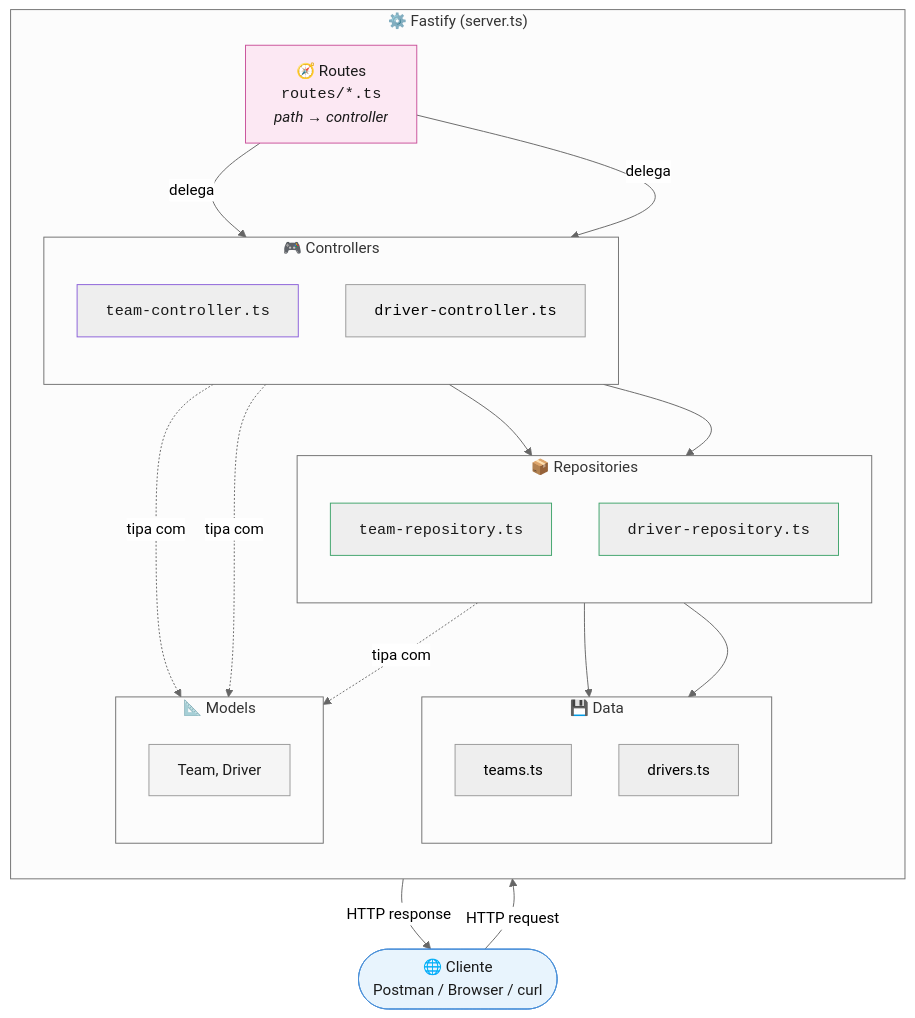
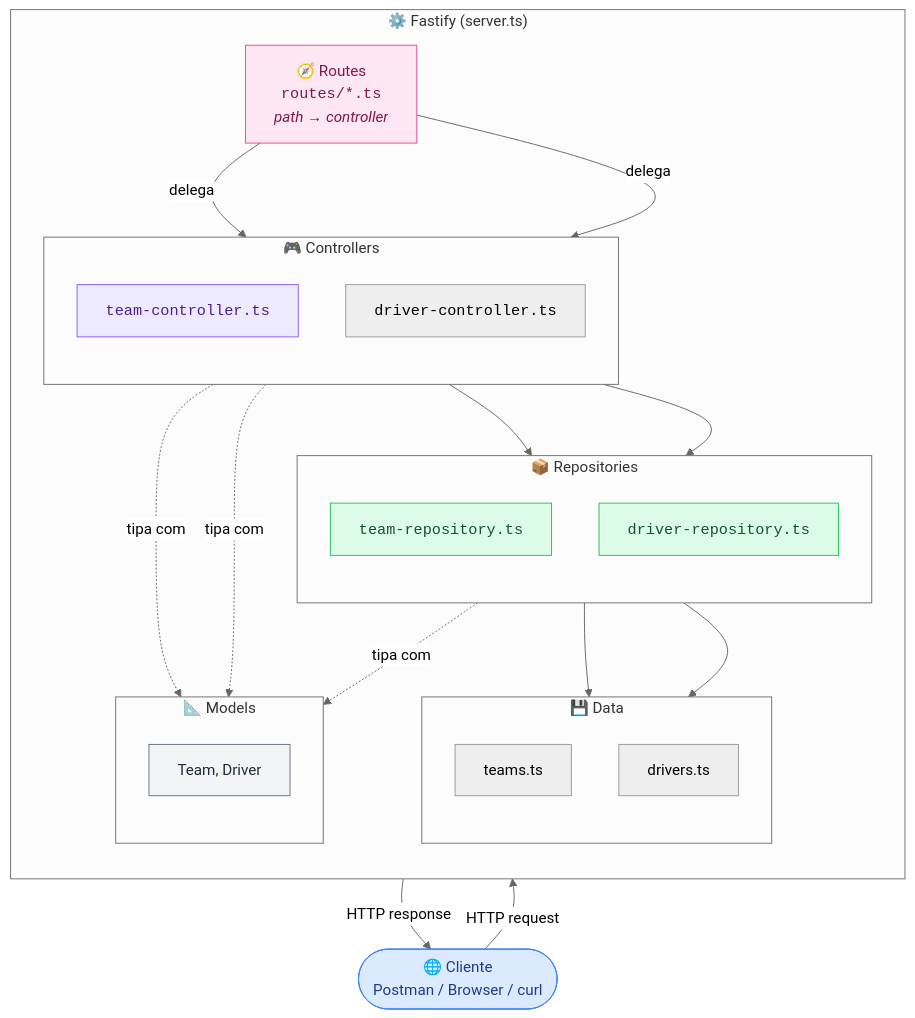
Before and after one commit to renylson/formula1-api-nodejs-fastify: the diagram in README.md, drawn with Mermaid (neutral theme).

````diff
--- a/README.md
+++ b/README.md
@@ -22,50 +22,50 @@
 ```mermaid
 flowchart TD
     Client(["🌐 Cliente<br/>Postman / Browser / curl"])
 
     subgraph Server["⚙️ Fastify (server.ts)"]
         direction TB
         Router["🧭 Routes<br/><code>routes/*.ts</code><br/><i>path → controller</i>"]
 
         subgraph Controllers["🎮 Controllers"]
             direction TB
             CTeam["<code>team-controller.ts</code>"]
             CDriver["<code>driver-controller.ts</code>"]
         end
 
         subgraph Repositories["📦 Repositories"]
             direction TB
             RTeam["<code>team-repository.ts</code>"]
             RDriver["<code>driver-repository.ts</code>"]
         end
 
         subgraph Data["💾 Data"]
             direction TB
             DTeam["teams.ts"]
             DDriver["drivers.ts"]
         end
 
         subgraph Models["📐 Models"]
             direction TB
             MTypes["Team, Driver"]
         end
     end
 
     Client -- "HTTP request" --> Router
     Router -- "delega" --> CTeam & CDriver
     CTeam --> RTeam
     CDriver --> RDriver
     RTeam --> DTeam
     RDriver --> DDriver
     CTeam & CDriver -.->|tipa com| MTypes
     Repositories -.->|tipa com| MTypes
 
     Router -- "HTTP response" --> Client
 
-    style Client fill:#e8f4fd,stroke:#4a90d9,color:#1a1a1a
-    style Router fill:#fce8f3,stroke:#c9509a,color:#1a1a1a
-    style CTeam fill:#ff,stroke:#8a5fd9,color:#1a1a1a
-    style RTeam fill:#ff,stroke:#3ea36a,color:#1a1a1a
-    style RDriver fill:#ff,stroke:#3ea36a,color:#1a1a1a
-    style MTypes fill:#f5f5f5,stroke:#999,color:#1a1a1a
+    style Client fill:#DBEAFE,stroke:#3B82F6,color:#1E3A8A
+    style Router fill:#FCE7F3,stroke:#EC4899,color:#831843
+    style CTeam fill:#EDE9FE,stroke:#8B5CF6,color:#4C1D95
+    style RTeam fill:#DCFCE7,stroke:#22C55E,color:#14532D
+    style RDriver fill:#DCFCE7,stroke:#22C55E,color:#14532D
+    style MTypes fill:#F3F4F6,stroke:#6B7280,color:#1F2937
 ```
````
